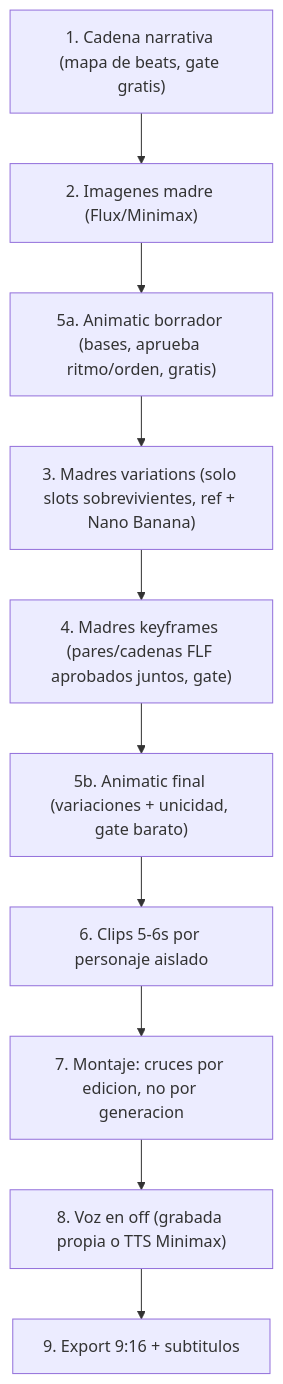
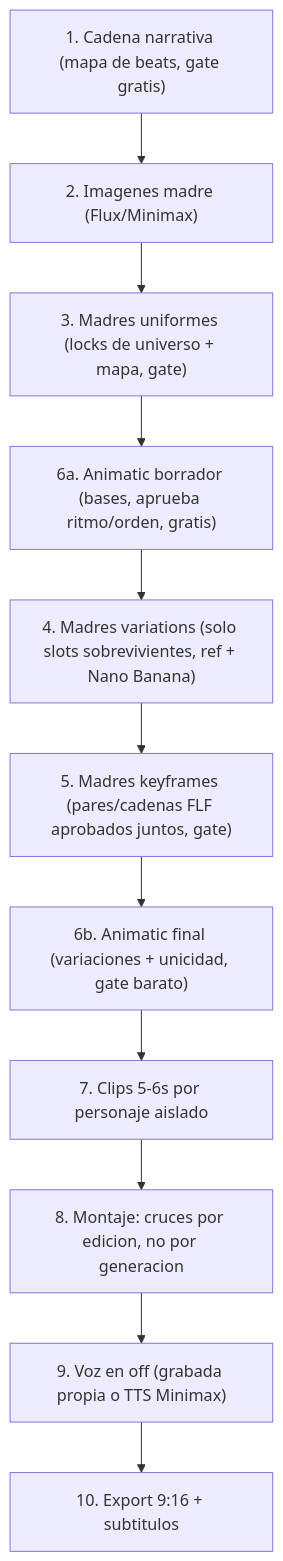
Before and after one commit to jorgeeferreyra/entorno_audiovisual_creativo: the diagram in metodo/pipeline.md, drawn with Mermaid. The commit also changed other lines of this file and 24 other files, not shown here.

````diff
--- a/metodo/pipeline.md
+++ b/metodo/pipeline.md
@@ -19,12 +19,13 @@
 ```mermaid
 flowchart TD
     A0["1. Cadena narrativa (mapa de beats, gate gratis)"] --> A["2. Imagenes madre (Flux/Minimax)"]
-    A --> Aborr["5a. Animatic borrador (bases, aprueba ritmo/orden, gratis)"]
-    Aborr --> A1["3. Madres variations (solo slots sobrevivientes, ref + Nano Banana)"]
-    A1 --> A175["4. Madres keyframes (pares/cadenas FLF aprobados juntos, gate)"]
-    A175 --> A2["5b. Animatic final (variaciones + unicidad, gate barato)"]
-    A2 --> B["6. Clips 5-6s por personaje aislado"]
-    B --> C["7. Montaje: cruces por edicion, no por generacion"]
-    C --> D["8. Voz en off (grabada propia o TTS Minimax)"]
-    D --> E["9. Export 9:16 + subtitulos"]
+    A --> Auni["3. Madres uniformes (locks de universo + mapa, gate)"]
+    Auni --> Aborr["6a. Animatic borrador (bases, aprueba ritmo/orden, gratis)"]
+    Aborr --> A1["4. Madres variations (solo slots sobrevivientes, ref + Nano Banana)"]
+    A1 --> A175["5. Madres keyframes (pares/cadenas FLF aprobados juntos, gate)"]
+    A175 --> A2["6b. Animatic final (variaciones + unicidad, gate barato)"]
+    A2 --> B["7. Clips 5-6s por personaje aislado"]
+    B --> C["8. Montaje: cruces por edicion, no por generacion"]
+    C --> D["9. Voz en off (grabada propia o TTS Minimax)"]
+    D --> E["10. Export 9:16 + subtitulos"]
 ```
````
